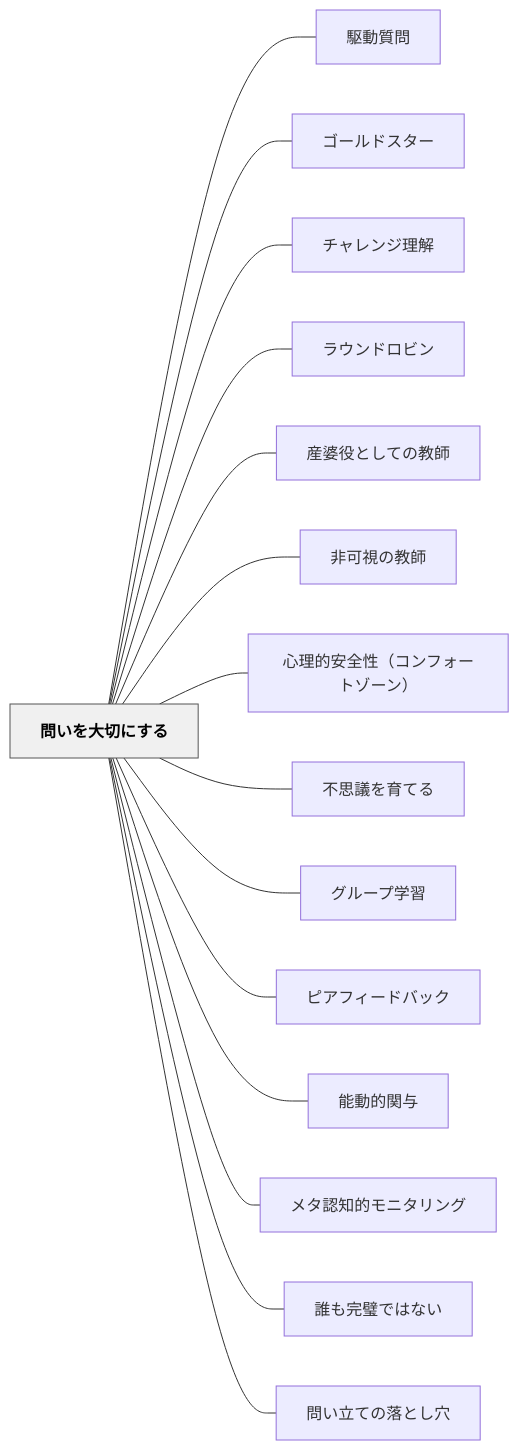
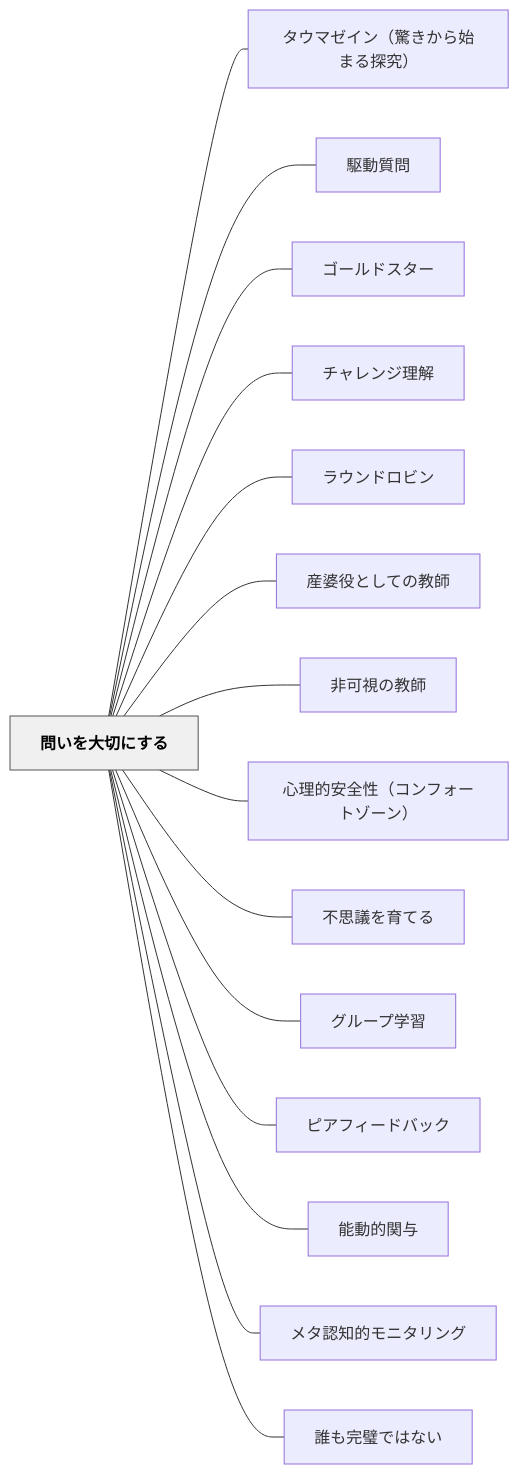
Before and after one commit to unknownthings-ed-patterns/unknownthings-ed-patterns: the diagram in content/パタン/問いを大切にする.md, drawn with Mermaid. The commit also changed other lines of this file and 17 other files, not shown here.

````diff
--- a/content/パタン/問いを大切にする.md
+++ b/content/パタン/問いを大切にする.md
@@ -87,36 +88,36 @@
 ```mermaid
 flowchart LR
     ne5958fe38184e38292e5a4a7e58887e381abe38199e3828b["問いを大切にする"]
+    ne382bfe382a6e3839ee382bce382a4e383b3efbc88e9a99ae3818de3818be38289e5a78be381bee3828be68ea2e7a9b6efbc89["タウマゼイン（驚きから始まる探究）"]
     ne9a786e58b95e8b3aae5958f["駆動質問"]
     ne382b4e383bce383abe38389e382b9e382bfe383bc["ゴールドスター"]
     ne38381e383a3e383ace383b3e382b8e79086e8a7a3["チャレンジ理解"]
     ne383a9e382a6e383b3e38389e383ade38393e383b3["ラウンドロビン"]
     ne794a3e5a986e5bdb9e381a8e38197e381a6e381aee69599e5b8ab["産婆役としての教師"]
     ne99d9ee58fafe8a696e381aee69599e5b8ab["非可視の教師"]
     ne5bf83e79086e79a84e5ae89e585a8e680a7efbc88e382b3e383b3e38395e382a9e383bce38388e382bee383bce383b3efbc89["心理的安全性（コンフォートゾーン）"]
     ne4b88de6809de8adb0e38292e882b2e381a6e3828b["不思議を育てる"]
     ne382b0e383abe383bce38397e5ada6e7bf92["グループ学習"]
     ne38394e382a2e38395e382a3e383bce38389e38390e38383e382af["ピアフィードバック"]
     ne883bde58b95e79a84e996a2e4b88e["能動的関与"]
     ne383a1e382bfe8aa8de79fa5e79a84e383a2e3838be382bfe383aae383b3e382b0["メタ認知的モニタリング"]
     ne8aab0e38282e5ae8ce792a7e381a7e381afe381aae38184["誰も完璧ではない"]
-    ne5958fe38184e7ab8be381a6e381aee890bde381a8e38197e7a9b4["問い立ての落とし穴"]
 
+    ne5958fe38184e38292e5a4a7e58887e381abe38199e3828b --- ne382bfe382a6e3839ee382bce382a4e383b3efbc88e9a99ae3818de3818be38289e5a78be381bee3828be68ea2e7a9b6efbc89
     ne5958fe38184e38292e5a4a7e58887e381abe38199e3828b --- ne9a786e58b95e8b3aae5958f
     ne5958fe38184e38292e5a4a7e58887e381abe38199e3828b --- ne382b4e383bce383abe38389e382b9e382bfe383bc
     ne5958fe38184e38292e5a4a7e58887e381abe38199e3828b --- ne38381e383a3e383ace383b3e382b8e79086e8a7a3
     ne5958fe38184e38292e5a4a7e58887e381abe38199e3828b --- ne383a9e382a6e383b3e38389e383ade38393e383b3
     ne5958fe38184e38292e5a4a7e58887e381abe38199e3828b --- ne794a3e5a986e5bdb9e381a8e38197e381a6e381aee69599e5b8ab
     ne5958fe38184e38292e5a4a7e58887e381abe38199e3828b --- ne99d9ee58fafe8a696e381aee69599e5b8ab
     ne5958fe38184e38292e5a4a7e58887e381abe38199e3828b --- ne5bf83e79086e79a84e5ae89e585a8e680a7efbc88e382b3e383b3e38395e382a9e383bce38388e382bee383bce383b3efbc89
     ne5958fe38184e38292e5a4a7e58887e381abe38199e3828b --- ne4b88de6809de8adb0e38292e882b2e381a6e3828b
     ne5958fe38184e38292e5a4a7e58887e381abe38199e3828b --- ne382b0e383abe383bce38397e5ada6e7bf92
     ne5958fe38184e38292e5a4a7e58887e381abe38199e3828b --- ne38394e382a2e38395e382a3e383bce38389e38390e38383e382af
     ne5958fe38184e38292e5a4a7e58887e381abe38199e3828b --- ne883bde58b95e79a84e996a2e4b88e
     ne5958fe38184e38292e5a4a7e58887e381abe38199e3828b --- ne383a1e382bfe8aa8de79fa5e79a84e383a2e3838be382bfe383aae383b3e382b0
     ne5958fe38184e38292e5a4a7e58887e381abe38199e3828b --- ne8aab0e38282e5ae8ce792a7e381a7e381afe381aae38184
-    ne5958fe38184e38292e5a4a7e58887e381abe38199e3828b --- ne5958fe38184e7ab8be381a6e381aee890bde381a8e38197e7a9b4
 
     classDef hub fill:#f0f0f0,stroke:#555,color:#000,font-weight:bold
     class ne5958fe38184e38292e5a4a7e58887e381abe38199e3828b hub
 ```
````
